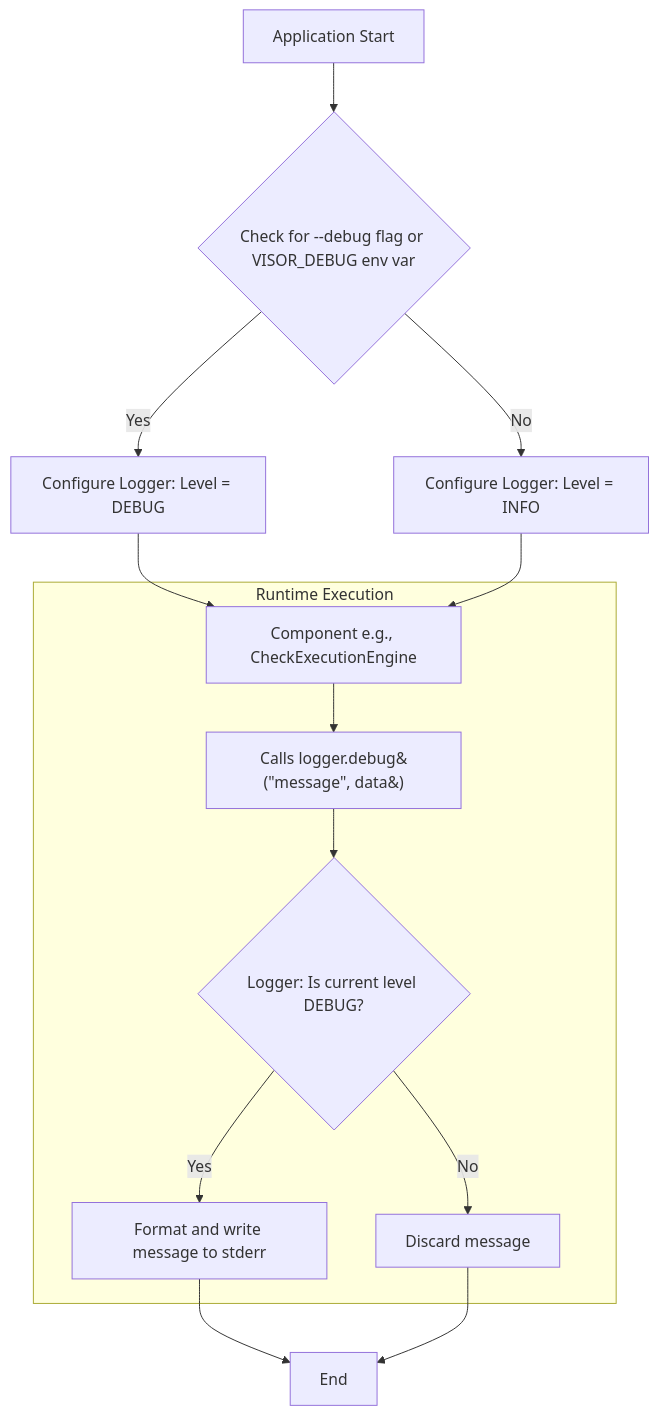
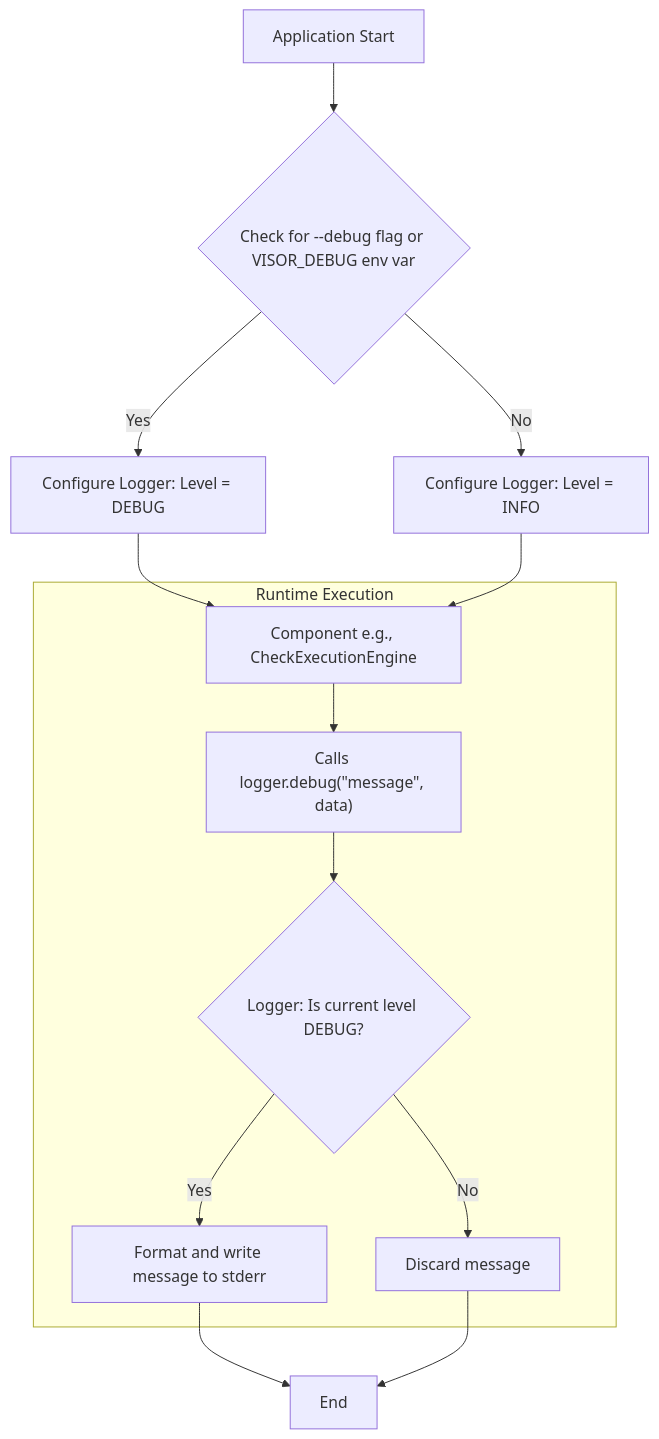
Before and after one commit to probelabs/mermaid-lint: diagram 52 of 57 in test-fixtures/flowchart/INVALID_DIAGRAMS.md, drawn with Mermaid. The commit also changed other lines of this file and 3 other files, not shown here.

First line of the commit message:
feat(flowchart): enhance auto-fix for complex labels with special characters (#51)

````diff
--- a/test-fixtures/flowchart/INVALID_DIAGRAMS.md
+++ b/test-fixtures/flowchart/INVALID_DIAGRAMS.md
@@ -3640,20 +3759,20 @@
 ```mermaid
 flowchart TD
     A[Application Start] --> B{Check for --debug flag or VISOR_DEBUG env var};
     B -- Yes --> C[Configure Logger: Level = DEBUG];
     B -- No --> D[Configure Logger: Level = INFO];
     
     subgraph "Runtime Execution"
-        E[Component e.g., CheckExecutionEngine] --> F[Calls logger.debug&#40;&quot;message&quot;, data&#41;];
+        E[Component e.g., CheckExecutionEngine] --> F["Calls logger.debug(&quot;message&quot;, data)"];
         F --> G{Logger: Is current level DEBUG?};
         G -- Yes --> H[Format and write message to stderr];
         G -- No --> I[Discard message];
     end
 
     C --> E;
     D --> E;
     H --> J[End];
     I --> J[End];
 
 
 ```
````
